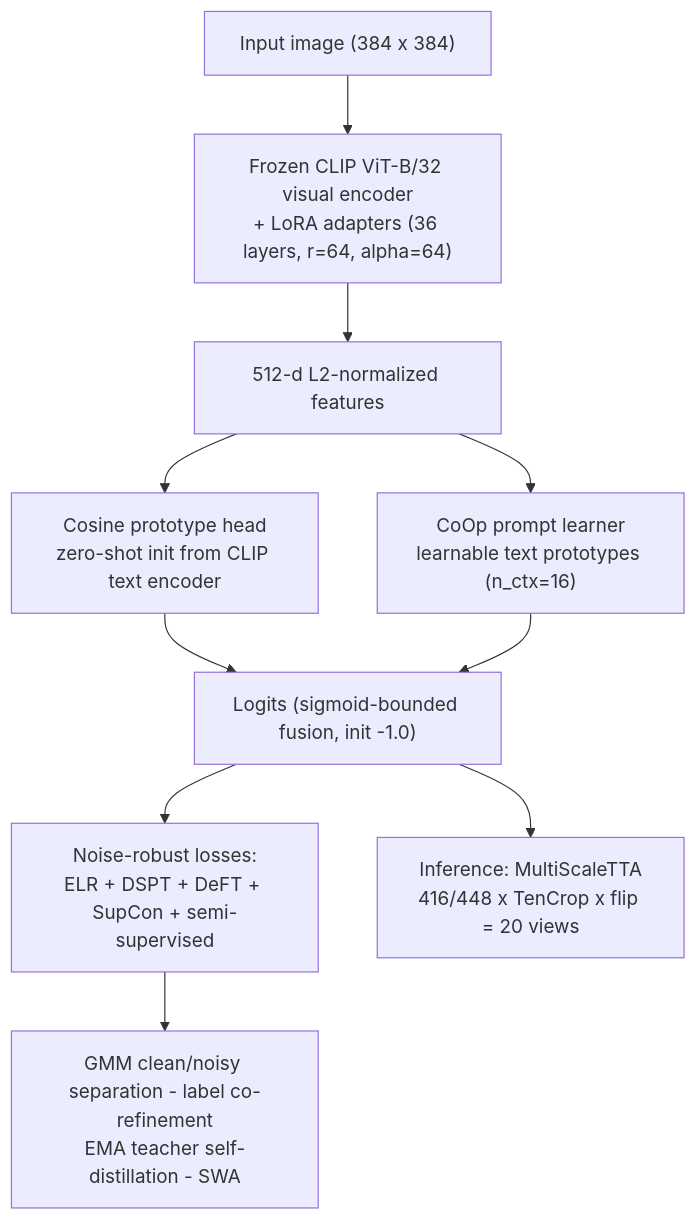
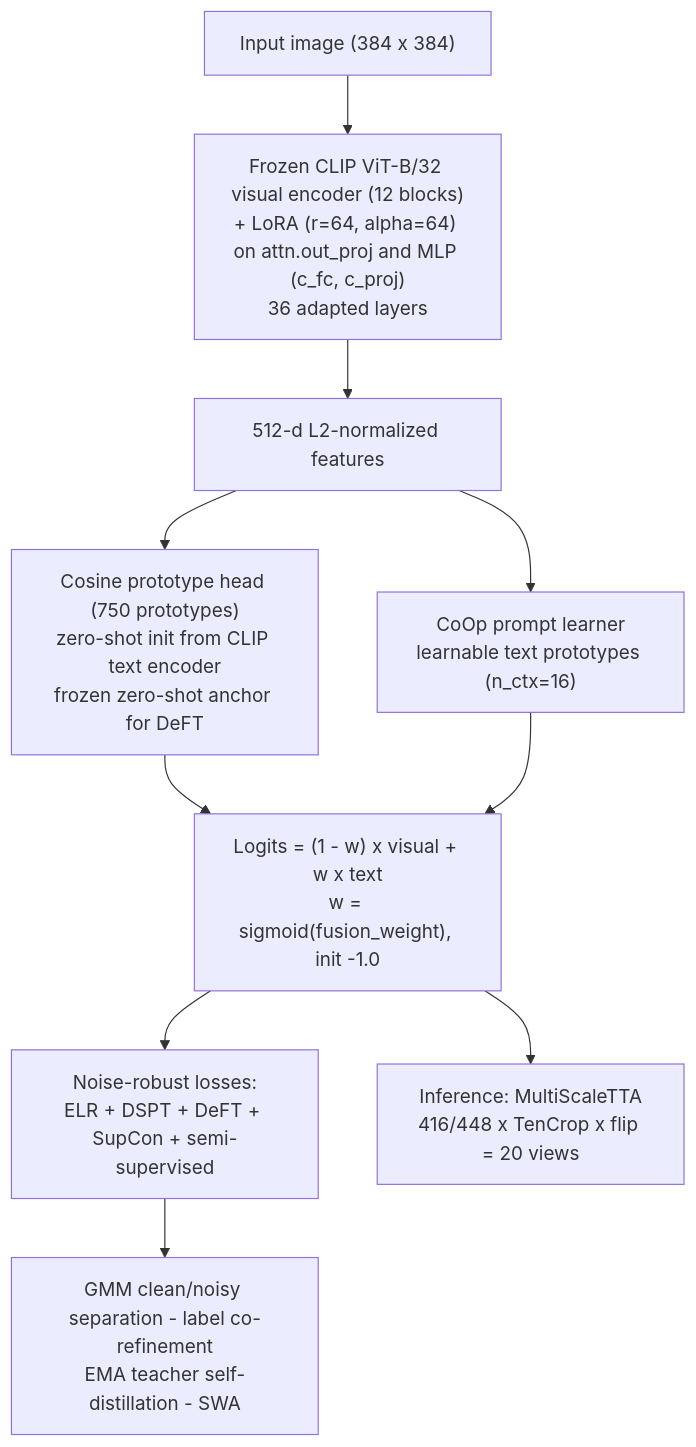
Before and after one commit to fx517/robust-cls-noisy-label-multiscale: the diagram in README.md, drawn with Mermaid. The commit also changed other lines of this file and 2 other files, not shown here.

Commit message:
Docs fix: LoRA adapts 36 layers (attn.out_proj + MLP), precise fusion formula
The previous text claimed LoRA was injected into q_proj/v_proj/k_proj/out_proj plus the
MLP projections. Verified against the released checkpoint (72 LoRA tensors = 36 layers x
{lora_A, lora_B}) and the training log line "[LoRA] Applied LoRA to 36 layers": LoRA
actually lands on attn.out_proj and the MLP projections (c_fc, c_proj) of the 12
transformer blocks. q/k/v are stored as a single fused in_proj parameter in open_clip's
CLIP attention and never carry adapters.

- README: highlights bullet, method diagram node and key-config table updated; the
  diagram now also shows the fusion formula (1 - w) * visual + w * text,
  w = sigmoid(fusion_weight)
- docs/design-notes.md: section 3 rewritten with the actual mechanism
- docs/technical-report.md: section 4.2 and Table 1 updated accordingly

````diff
--- a/README.md
+++ b/README.md
@@ -61,12 +61,12 @@
 ```mermaid
 flowchart TD
-    A["Input image (384 x 384)"] --> B["Frozen CLIP ViT-B/32 visual encoder<br/>+ LoRA adapters (36 layers, r=64, alpha=64)"]
+    A["Input image (384 x 384)"] --> B["Frozen CLIP ViT-B/32 visual encoder (12 blocks)<br/>+ LoRA (r=64, alpha=64) on attn.out_proj and MLP (c_fc, c_proj)<br/>36 adapted layers"]
     B --> F["512-d L2-normalized features"]
-    F --> C1["Cosine prototype head<br/>zero-shot init from CLIP text encoder"]
+    F --> C1["Cosine prototype head (750 prototypes)<br/>zero-shot init from CLIP text encoder<br/>frozen zero-shot anchor for DeFT"]
     F --> C2["CoOp prompt learner<br/>learnable text prototypes (n_ctx=16)"]
-    C1 --> L["Logits (sigmoid-bounded fusion, init -1.0)"]
+    C1 --> L["Logits = (1 - w) x visual + w x text<br/>w = sigmoid(fusion_weight), init -1.0"]
     C2 --> L
     L --> LOSS["Noise-robust losses:<br/>ELR + DSPT + DeFT + SupCon + semi-supervised"]
     LOSS --> STAB["GMM clean/noisy separation - label co-refinement<br/>EMA teacher self-distillation - SWA"]
     L --> TTA["Inference: MultiScaleTTA<br/>416/448 x TenCrop x flip = 20 views"]
 ```
````
